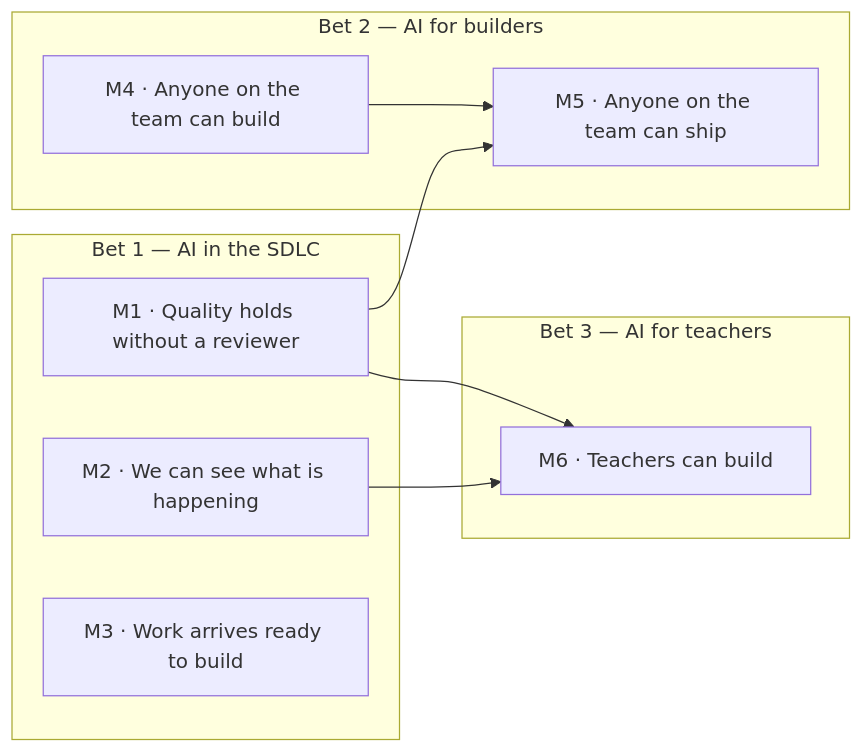
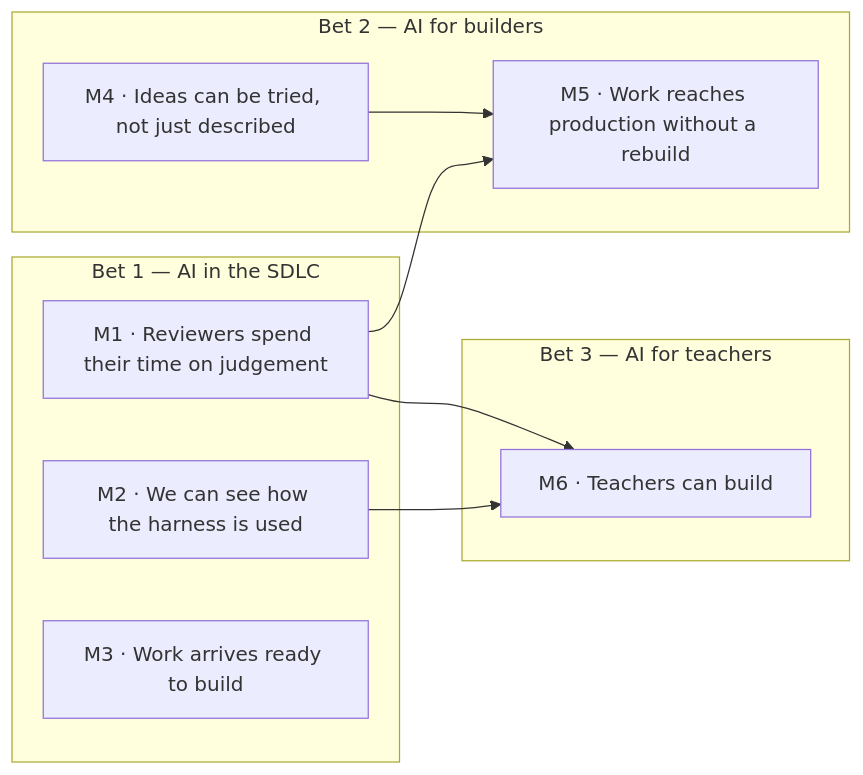
Before and after one commit to transformteamsg/dx-harness: the diagram in docs/ROADMAP-DRAFT.md, drawn with Mermaid. The commit also changed other lines of this file and 1 other file, not shown here.

````diff
--- a/docs/ROADMAP-DRAFT.md
+++ b/docs/ROADMAP-DRAFT.md
@@ -15,22 +15,22 @@
 ```mermaid
 flowchart LR
     subgraph BET1["Bet 1 — AI in the SDLC"]
-        M1["M1 · Quality holds without a reviewer"]
-        M2["M2 · We can see what is happening"]
+        M1["M1 · Reviewers spend their time on judgement"]
+        M2["M2 · We can see how the harness is used"]
         M3["M3 · Work arrives ready to build"]
     end
 
     subgraph BET2["Bet 2 — AI for builders"]
-        M4["M4 · Anyone on the team can build"]
-        M5["M5 · Anyone on the team can ship"]
+        M4["M4 · Ideas can be tried, not just described"]
+        M5["M5 · Work reaches production without a rebuild"]
     end
 
     subgraph BET3["Bet 3 — AI for teachers"]
         M6["M6 · Teachers can build"]
     end
 
     M1 --> M5
     M4 --> M5
     M1 --> M6
     M2 --> M6
 ```
````
